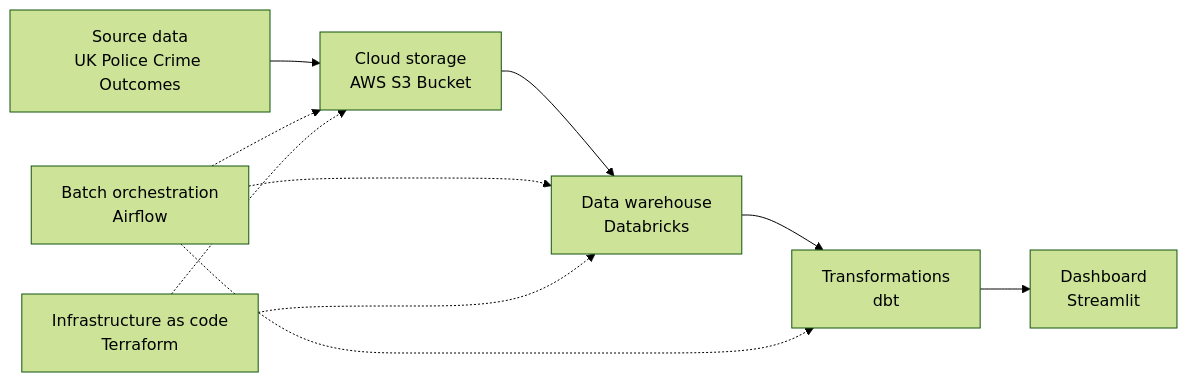
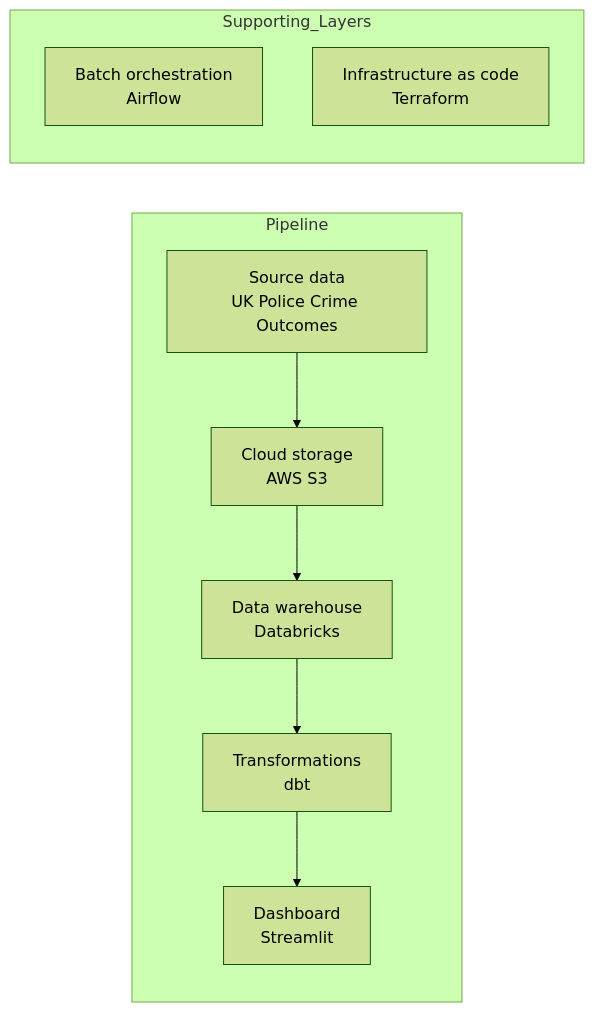
Before and after one commit to CaThY-988/sheffield-crime-outcomes: the diagram in README.md, drawn with Mermaid (forest theme).

Commit message:
Diagram edits

````diff
--- a/README.md
+++ b/README.md
@@ -36,14 +36,15 @@
 ```mermaid
 graph LR;
-    A[Source data<br/>UK Police Crime Outcomes] --> B[Cloud storage<br/>AWS S3 Bucket];
-    B --> C[Data warehouse<br/>Databricks];
-    C --> D[Transformations<br/>dbt];
-    D --> E[Dashboard<br/>Streamlit];
 
-    F[Batch orchestration<br/>Airflow] -.-> B;
-    F -.-> C;
-    F -.-> D;
+    subgraph Pipeline
+        A[Source data<br/>UK Police Crime Outcomes] --> B[Cloud storage<br/>AWS S3];
+        B --> C[Data warehouse<br/>Databricks];
+        C --> D[Transformations<br/>dbt];
+        D --> E[Dashboard<br/>Streamlit];
+    end
 
-    G[Infrastructure as code<br/>Terraform] -.-> B;
-    G -.-> C;
+    subgraph Supporting_Layers
+        F[Batch orchestration<br/>Airflow]
+        G[Infrastructure as code<br/>Terraform]
+    end
 ```
````
